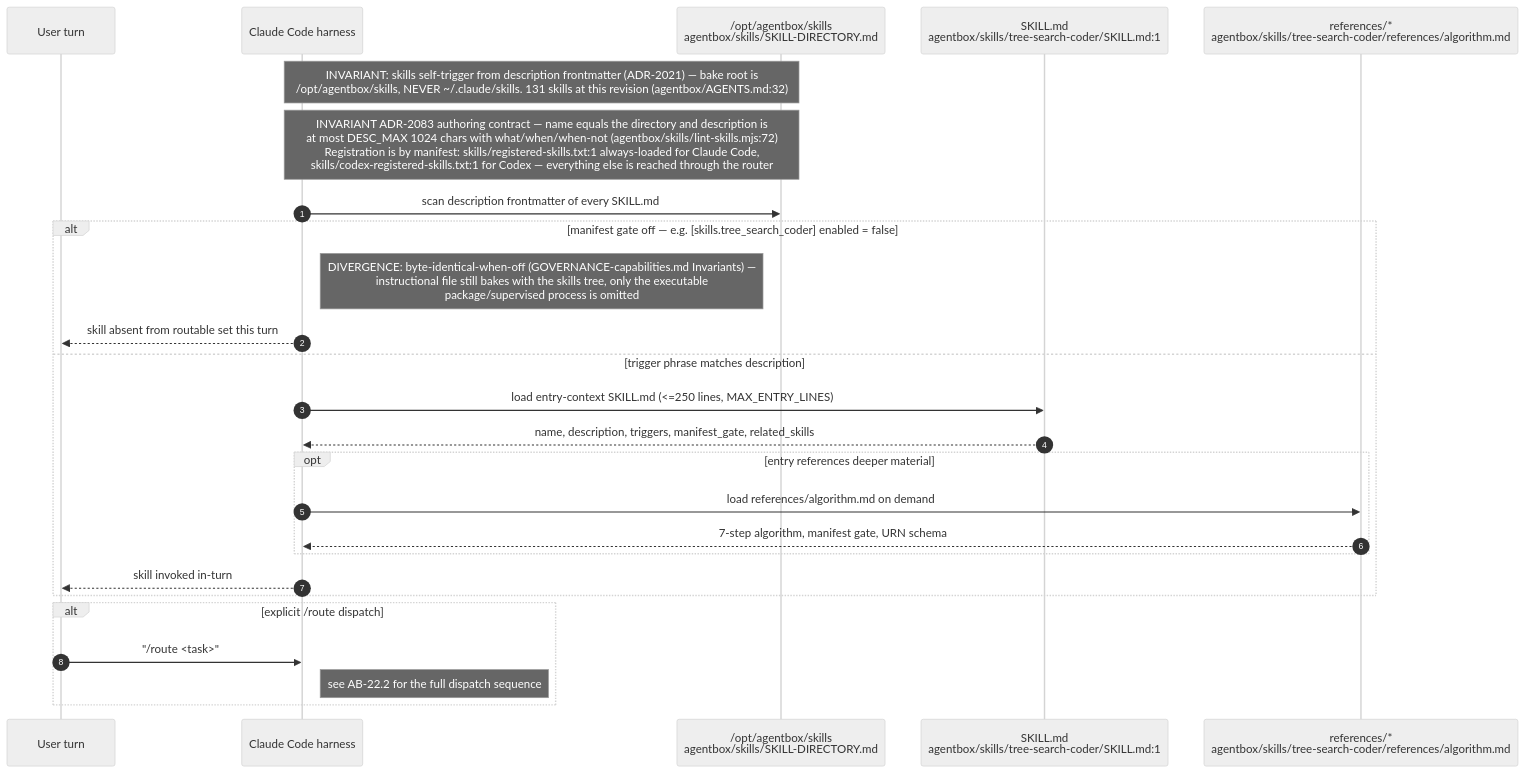
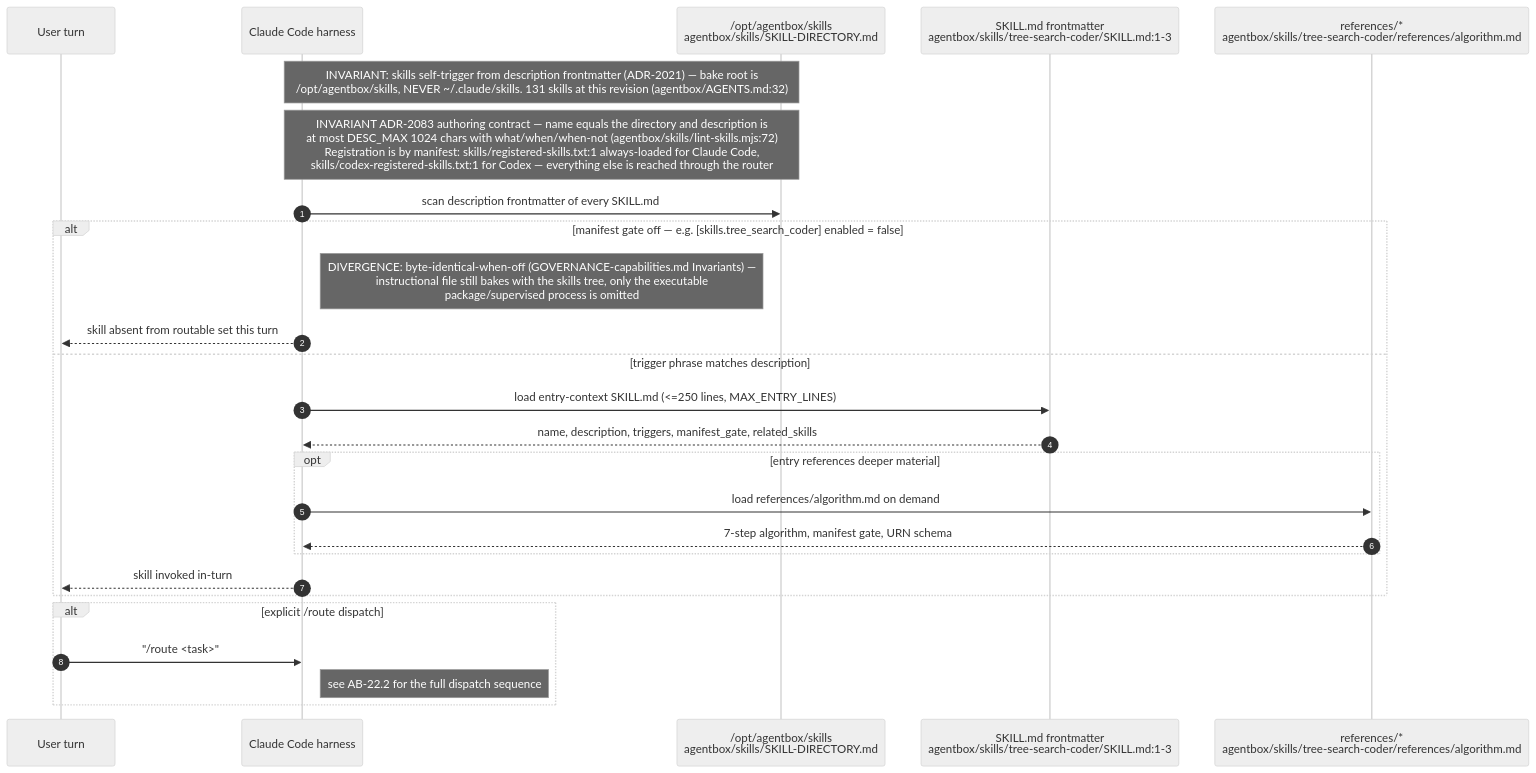
One commit to DreamLab-AI/VisionFlow changed the first of 12 diagrams in docs/diagrams/agentbox/22-skills-and-routing.md. Above: the diagram before and after it, drawn with Mermaid (neutral theme). The commit also changed other lines of this file and 173 other files, not shown here.

````diff
--- a/docs/diagrams/agentbox/22-skills-and-routing.md
+++ b/docs/diagrams/agentbox/22-skills-and-routing.md
@@ -68,29 +68,29 @@
 ```mermaid
 sequenceDiagram
     autonumber
     participant U as User turn
     participant H as Claude Code harness
     participant FS as /opt/agentbox/skills<br/>agentbox/skills/SKILL-DIRECTORY.md
-    participant SK as SKILL.md<br/>agentbox/skills/tree-search-coder/SKILL.md:1
+    participant SK as SKILL.md frontmatter<br/>agentbox/skills/tree-search-coder/SKILL.md:1-3
     participant REF as references/*<br/>agentbox/skills/tree-search-coder/references/algorithm.md
 
     Note over H,FS: INVARIANT: skills self-trigger from description frontmatter (ADR-2021) — bake root is<br/>/opt/agentbox/skills, NEVER ~/.claude/skills. 131 skills at this revision (agentbox/AGENTS.md:32)
     Note over H,FS: INVARIANT ADR-2083 authoring contract — name equals the directory and description is<br/>at most DESC_MAX 1024 chars with what/when/when-not (agentbox/skills/lint-skills.mjs:72)<br/>Registration is by manifest: skills/registered-skills.txt:1 always-loaded for Claude Code,<br/>skills/codex-registered-skills.txt:1 for Codex — everything else is reached through the router
     H->>FS: scan description frontmatter of every SKILL.md
     alt manifest gate off — e.g. [skills.tree_search_coder] enabled = false
         Note right of H: DIVERGENCE: byte-identical-when-off (GOVERNANCE-capabilities.md Invariants) —<br/>instructional file still bakes with the skills tree, only the executable<br/>package/supervised process is omitted
         H-->>U: skill absent from routable set this turn
     else trigger phrase matches description
         H->>SK: load entry-context SKILL.md (<=250 lines, MAX_ENTRY_LINES)
         SK-->>H: name, description, triggers, manifest_gate, related_skills
         opt entry references deeper material
             H->>REF: load references/algorithm.md on demand
             REF-->>H: 7-step algorithm, manifest gate, URN schema
         end
         H-->>U: skill invoked in-turn
     end
     alt explicit /route dispatch
         U->>H: "/route <task>"
         Note right of H: see AB-22.2 for the full dispatch sequence
     end
 ```
````
